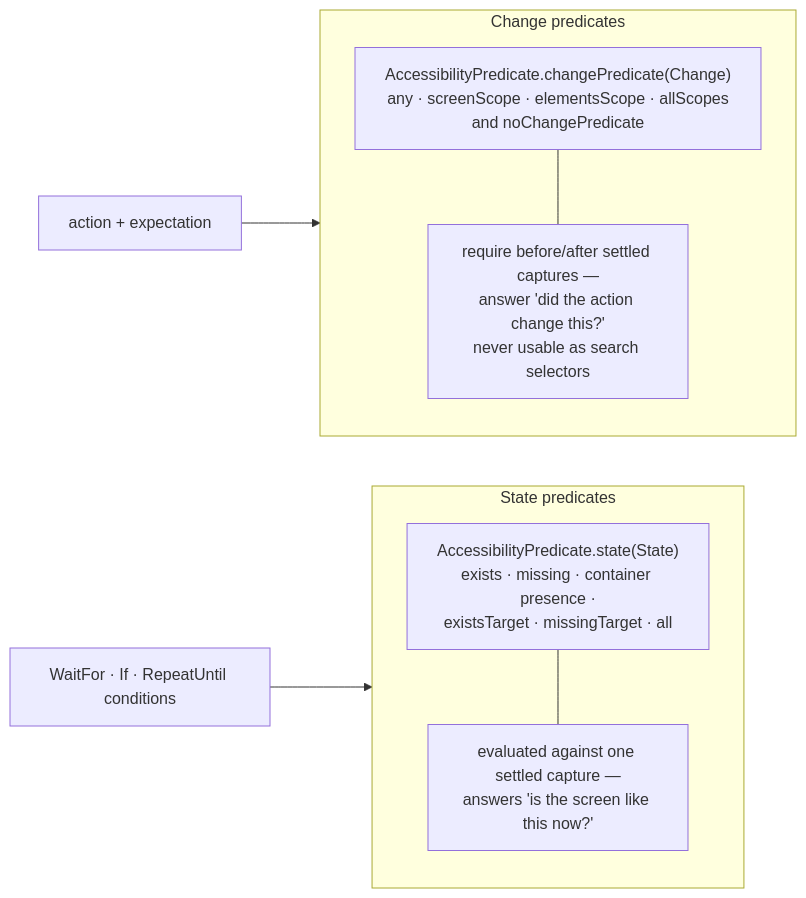
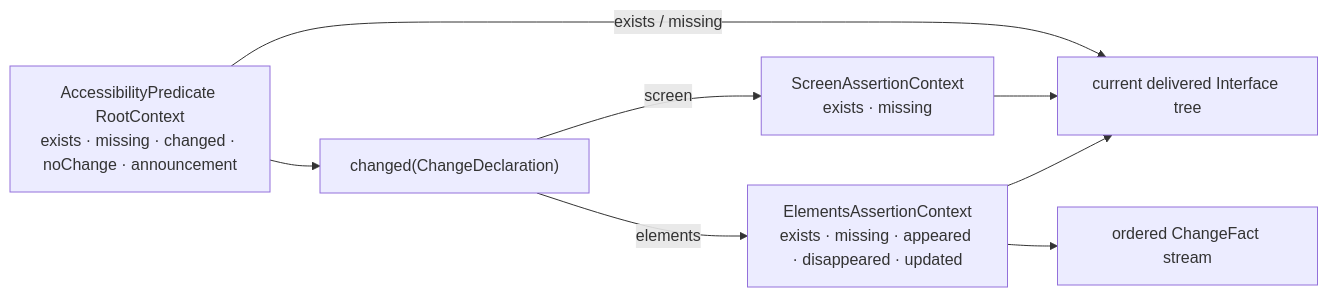
Before and after one commit to RoyalPineapple/TheButtonHeist: the second of 2 diagrams in docs/diagrams/dsl-grammar.md, drawn with Mermaid. The commit also changed other lines of this file and 279 other files, not shown here.

Commit message:
Unify accessibility targets and observation facts

````diff
--- a/docs/diagrams/dsl-grammar.md
+++ b/docs/diagrams/dsl-grammar.md
@@ -55,15 +56,16 @@
 ```mermaid
 flowchart LR
-    subgraph statep["State predicates"]
-        STATE["AccessibilityPredicate.state(State)<br/>exists · missing · container presence ·<br/>existsTarget · missingTarget · all"]
-        NOTE1["evaluated against one settled capture —<br/>answers 'is the screen like this now?'"]
-        STATE --- NOTE1
-    end
-    subgraph changep["Change predicates"]
-        CHANGE["AccessibilityPredicate.changePredicate(Change)<br/>any · screenScope · elementsScope · allScopes<br/>and noChangePredicate"]
-        NOTE2["require before/after settled captures —<br/>answer 'did the action change this?'<br/>never usable as search selectors"]
-        CHANGE --- NOTE2
-    end
-    ACTIONK["action + expectation"] --> changep
-    WAITK["WaitFor · If · RepeatUntil conditions"] --> statep
+    ROOT["AccessibilityPredicate RootContext<br/>exists · missing · changed · noChange · announcement"]
+    CHANGED["changed(ChangeDeclaration)"]
+    SCREEN["ScreenAssertionContext<br/>exists · missing"]
+    ELEMENTS["ElementsAssertionContext<br/>exists · missing · appeared · disappeared · updated"]
+    TREE["current delivered Interface tree"]
+    FACTS["ordered ChangeFact stream"]
+    ROOT --> CHANGED
+    CHANGED -->|screen| SCREEN
+    CHANGED -->|elements| ELEMENTS
+    ROOT -->|exists / missing| TREE
+    SCREEN --> TREE
+    ELEMENTS --> TREE
+    ELEMENTS --> FACTS
 ```
````
